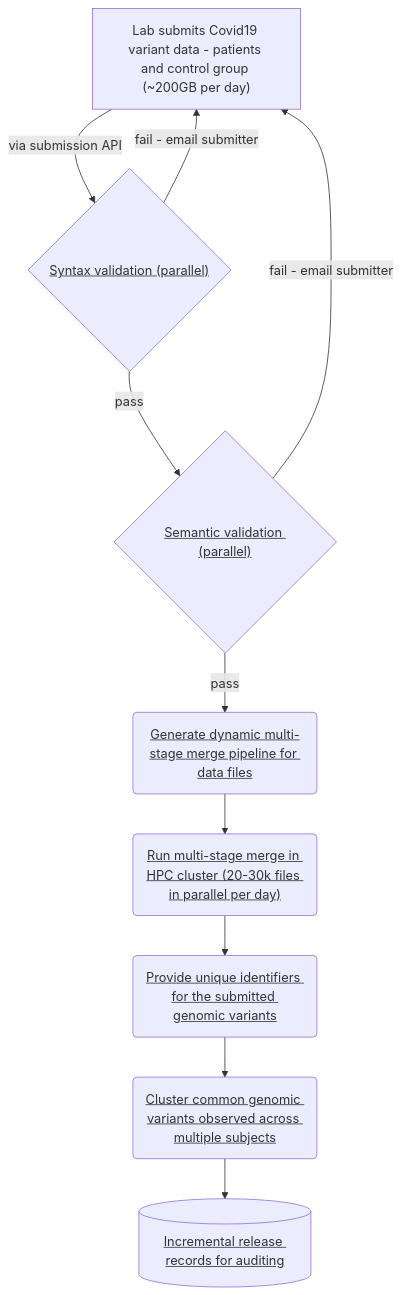
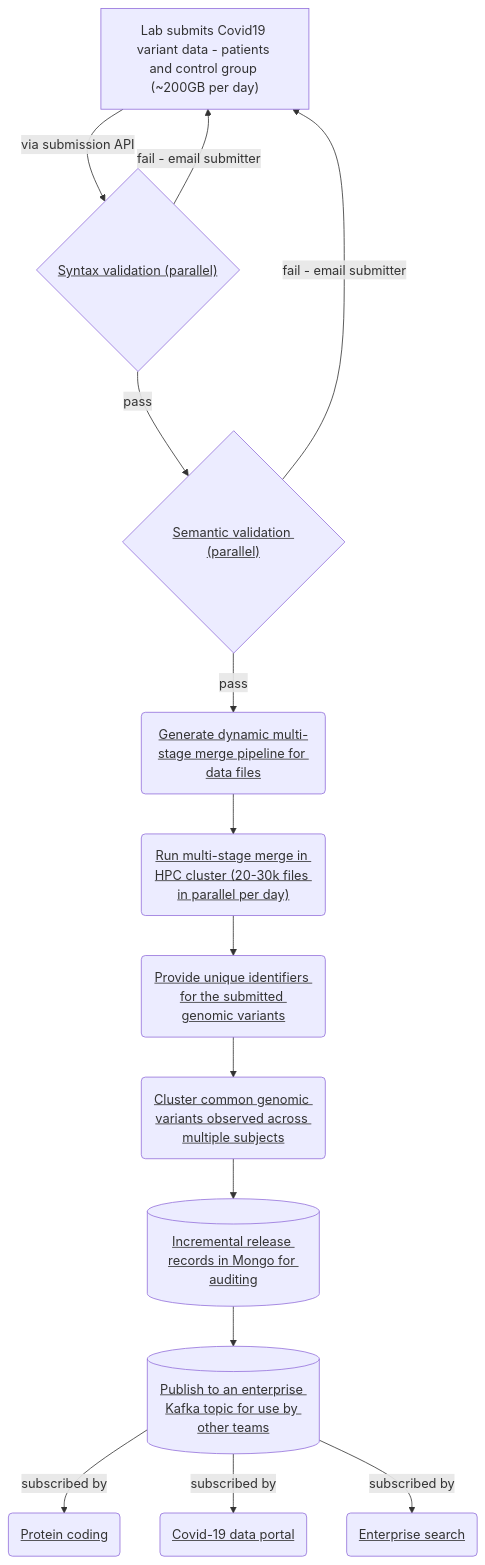
The diagram in process-diagram.md (sundarvenkata/covid19dp-process), drawn with Mermaid before and after one commit. The commit also changed other lines of this file, not shown here.

````diff
--- a/process-diagram.md
+++ b/process-diagram.md
@@ -5,19 +5,26 @@
 ```mermaid
 graph TD
     user["Lab submits Covid19 variant data - patients and control group (~200GB per day)"] -->|via submission API|validateVCF{"<u>Syntax validation (parallel)</u>"}
 	validateVCF --> |pass| validateSemantics{"<u>Semantic validation (parallel)</u>"}
 	validateVCF --> |fail - email submitter| user
 	validateSemantics --> |fail - email submitter| user
 	validateSemantics --> |pass| semanticMergeGenerate(<u>Generate dynamic multi-stage merge pipeline for data files</u>)
 	semanticMergeGenerate --> semanticMerge("<u>Run multi-stage merge in HPC cluster (20-30k files in parallel per day)</u>")
 	semanticMerge --> accession("<u>Provide unique identifiers for the submitted genomic variants</u>")
 	accession --> clustering("<u>Cluster common genomic variants observed across multiple subjects</u>")
-	clustering --> incrementalRelease[("<u>Incremental release records for auditing</u>")]
+	clustering --> incrementalRelease[("<u>Incremental release records in Mongo for auditing</u>")]
+	incrementalRelease --> kafkaPublish[("<u>Publish to an enterprise Kafka topic for use by other teams</u>")]
+	kafkaPublish --> |subscribed by| proteinCoding("<u>Protein coding</u>") 
+	kafkaPublish --> |subscribed by| dataPortal("<u>Covid-19 data portal</u>")
+	kafkaPublish --> |subscribed by| enterpriseSearch("<u>Enterprise search</u>")
+	
 	click validateVCF "https://github.com/EBIvariation/vcf-validator"
 	click validateSemantics "https://github.com/EBIvariation/vcf-validator/blob/master/src/assembly_checker_main.cpp"
 	click semanticMergeGenerate "https://github.com/EBIvariation/covid19dp-submission/blob/3a6f3615bb7697a7fb2b51da79ba8d85d02b84b5/covid19dp_submission/steps/vcf_vertical_concat/run_vcf_vertical_concat_pipeline.py#L41"
 	click semanticMerge "https://github.com/EBIvariation/covid19dp-submission/blob/3a6f3615bb7697a7fb2b51da79ba8d85d02b84b5/covid19dp_submission/nextflow/submission_workflow.nf#L67"
 	click accession "https://github.com/EBIvariation/eva-accession/"
 	click clustering "https://github.com/EBIvariation/eva-accession/blob/f9863197a232b535a6b2b8915440f1c4059e48dd/eva-accession-clustering/src/main/java/uk/ac/ebi/eva/accession/clustering/configuration/batch/jobs/ClusteringFromMongoJobConfiguration.java#L98"
 	click incrementalRelease "https://github.com/EBIvariation/eva-accession/blob/f9863197a232b535a6b2b8915440f1c4059e48dd/eva-accession-release/src/main/java/uk/ac/ebi/eva/accession/release/configuration/batch/steps/CreateIncrementalReleaseStepConfiguration.java#L87"
+	click proteinCoding "https://www.covid19dataportal.org/search/proteins?db=uniprot-covid19&size=15&facets=TAXONOMY:2697049&crossReferencesOption=all"
+	click dataPortal "https://www.covid19dataportal.org/search/sequences?crossReferencesOption=all&overrideDefaultDomain=true&db=eva-variants-covid19&size=15"
   ```
````
